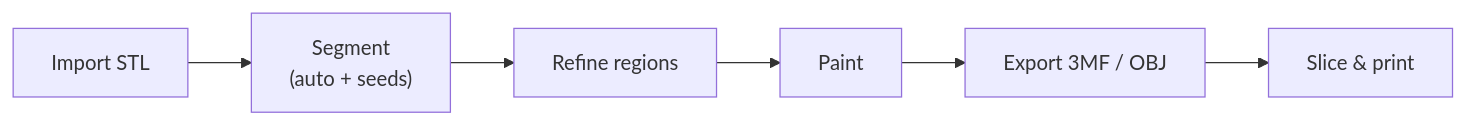
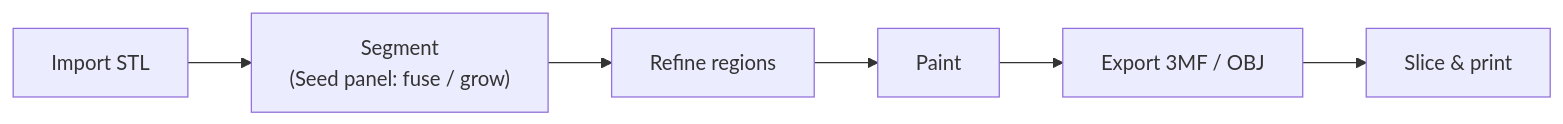
One commit to ZackaryShen/ColorYourModel changed the diagram in docs/bak/user-guide/getting-started.md. Above: the diagram before and after it, drawn with Mermaid. The commit also changed other lines of this file and 13 other files, not shown here.

````diff
--- a/docs/bak/user-guide/getting-started.md
+++ b/docs/bak/user-guide/getting-started.md
@@ -33,8 +33,8 @@
 ```mermaid
 flowchart LR
-    A["Import STL"] --> B["Segment<br/>(auto + seeds)"]
+    A["Import STL"] --> B["Segment<br/>(Seed panel: fuse / grow)"]
     B --> C["Refine regions"]
     C --> D["Paint"]
     D --> E["Export 3MF / OBJ"]
     E --> F["Slice & print"]
 ```
````
